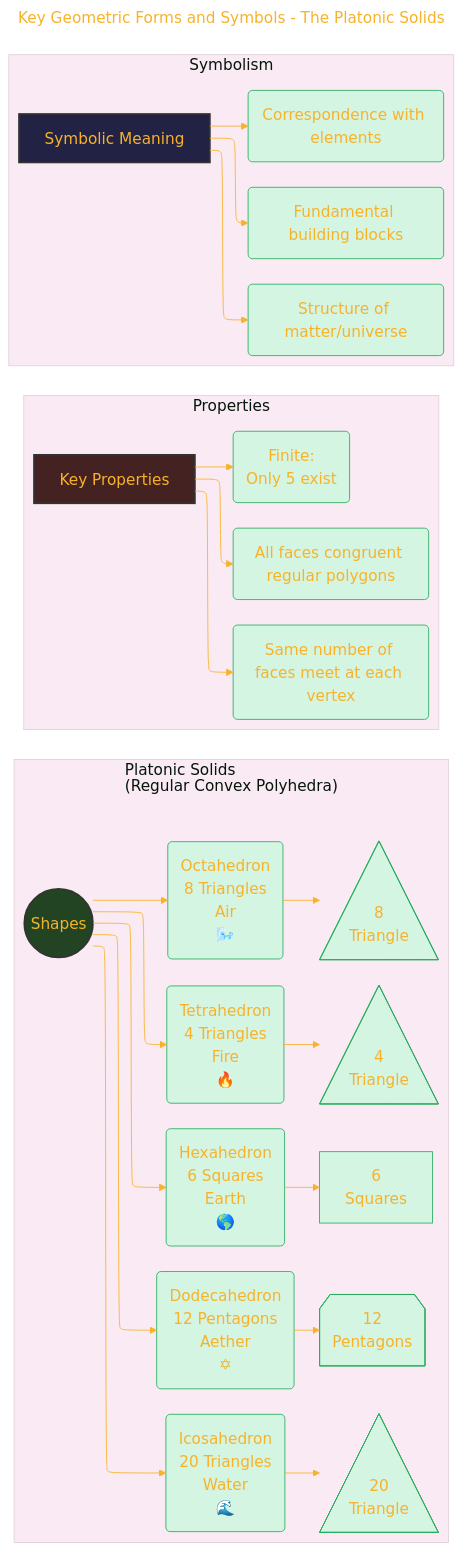
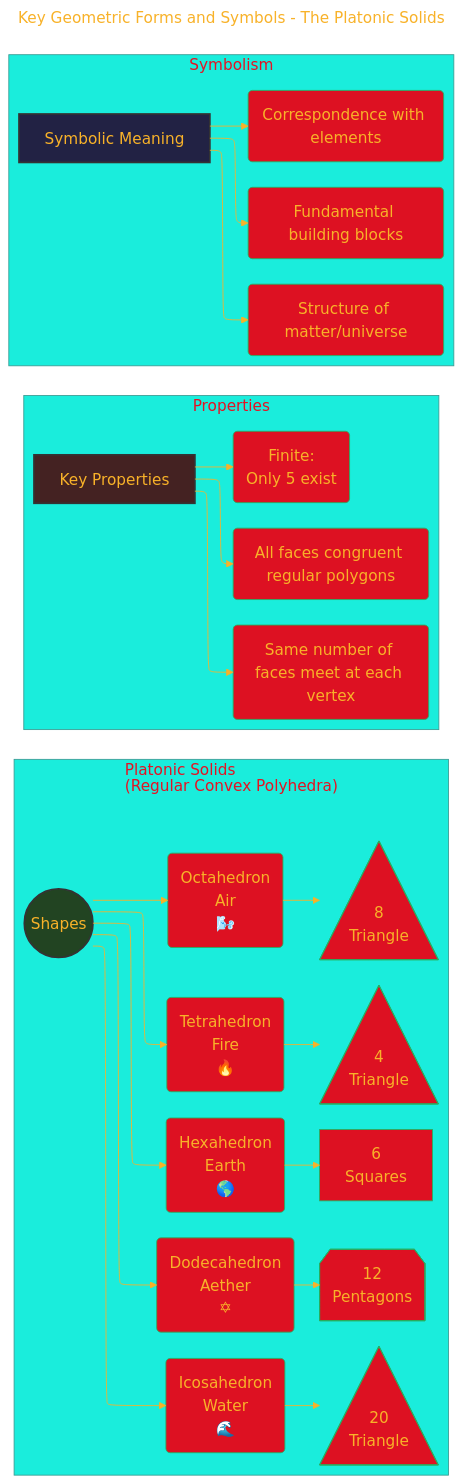
Before and after one commit to CongLeSolutionX/Harmonic_Atomica: the third of 6 diagrams in Understanding_Sacred_Geometry.md, drawn with Mermaid. The commit also changed other lines of this file, not shown here.

````diff
--- a/Understanding_Sacred_Geometry.md
+++ b/Understanding_Sacred_Geometry.md
@@ -172,72 +172,72 @@
 ```mermaid
 ---
 title: "Key Geometric Forms and Symbols - The Platonic Solids"
 author: "Cong Le"
 version: "1.0"
 license(s): "MIT, CC BY 4.0"
 copyright: "Copyright (c) 2025 Cong Le. All Rights Reserved."
 config:
   layout: elk
   theme: base
 ---
 %%%%%%%% Mermaid version v11.4.1-b.14
 %%%%%%%% Available curve styles include the following keywords:
 %% basis, bumpX, bumpY, cardinal, catmullRom, linear, monotoneX, monotoneY, natural, step, stepAfter, stepBefore.
 %%{
   init: {
     'flowchart': { 'htmlLabels': false, 'curve': 'basis' },
     'fontFamily': 'Luminari',
     'themeVariables': {
-      'primaryColor': '#D5F5E3',
+      'primaryColor': '#D12',
       'primaryTextColor': '#F8B229',
       'lineColor': '#F8B229',
       'primaryBorderColor': '#27AE60',
-      'secondaryColor': '#EBDEF0',
+      'secondaryColor': '#DE2F',
       'secondaryTextColor': '#6C3483',
       'secondaryBorderColor': '#A569BD',
       'fontSize': '18px'
     }
   }
 }%%
 flowchart LR
     subgraph Platonic_Solids["Platonic Solids<br/>(Regular Convex Polyhedra)"]
-        PS(("Shapes")) --> T("Tetrahedron <br/> 4 Triangles <br/>Fire<br/>🔥")
+        PS(("Shapes")) --> T("Tetrahedron <br/>Fire<br/>🔥")
         T --> T_Expansion
         T_Expansion@{ shape: tri, label: "4<br/>Triangle" }
 
 
-        PS --> H("Hexahedron <br/> 6 Squares <br/>Earth<br/>🌎")
+        PS --> H("Hexahedron <br/>Earth<br/>🌎")
         H --> H_Expansion
         H_Expansion["6<br/>Squares"]
         
-        PS --> O("Octahedron <br/> 8 Triangles <br/> Air<br/>🌬️")
+        PS --> O("Octahedron<br/> Air<br/>🌬️")
         O --> O_Expansion
         O_Expansion@{ shape: tri, label: "8<br/>Triangle" }
         
-        PS --> D("Dodecahedron <br/> 12 Pentagons <br/> Aether<br/>✡")
+        PS --> D("Dodecahedron <br/> Aether<br/>✡")
 		D --> D_Expansion
 		D_Expansion@{ shape: notch-pent, label: "12<br/>Pentagons" }
         
-        PS --> I("Icosahedron <br/> 20 Triangles <br/> Water<br/>🌊")
+        PS --> I("Icosahedron<br/> Water<br/>🌊")
 		I --> I_Expansion
         I_Expansion@{ shape: tri, label: "20<br/>Triangle" }
 
 
 
     end
     subgraph Properties["Properties"]
         Prop["Key Properties"] --> Prop1("All faces congruent regular polygons")
         Prop --> Prop2("Same number of faces meet at each vertex")
         Prop --> Prop3("Finite:<br/> Only 5 exist")
     end
     subgraph Symbolism["Symbolism"]
         Sym["Symbolic Meaning"] --> Sym1("Fundamental building blocks")
         Sym --> Sym2("Structure of matter/universe")
         Sym --> Sym3("Correspondence with elements")
     end
 
     style PS fill:#242,stroke:#333,stroke-width:2px
     style Prop fill:#422,stroke:#333,stroke-width:2px
     style Sym fill:#224,stroke:#333,stroke-width:2px
     
 ```
````
